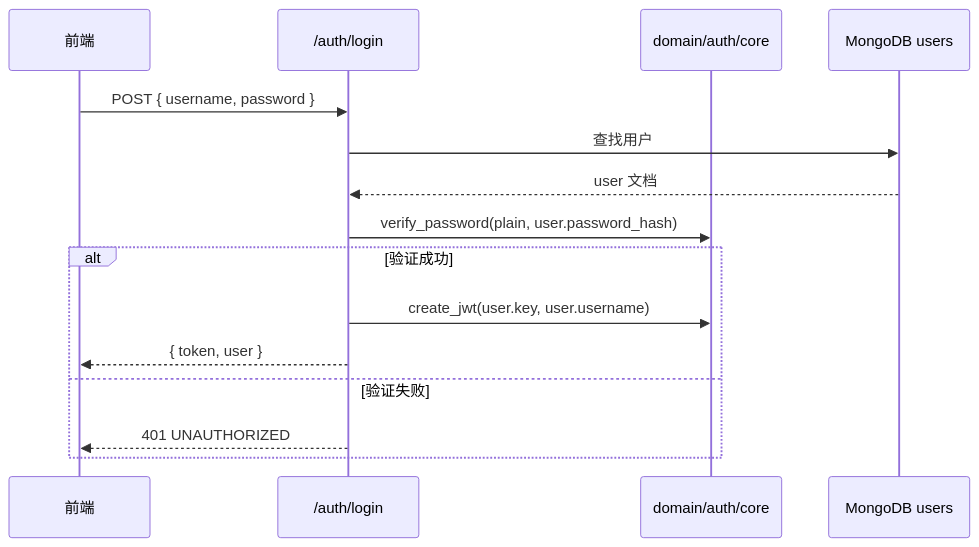
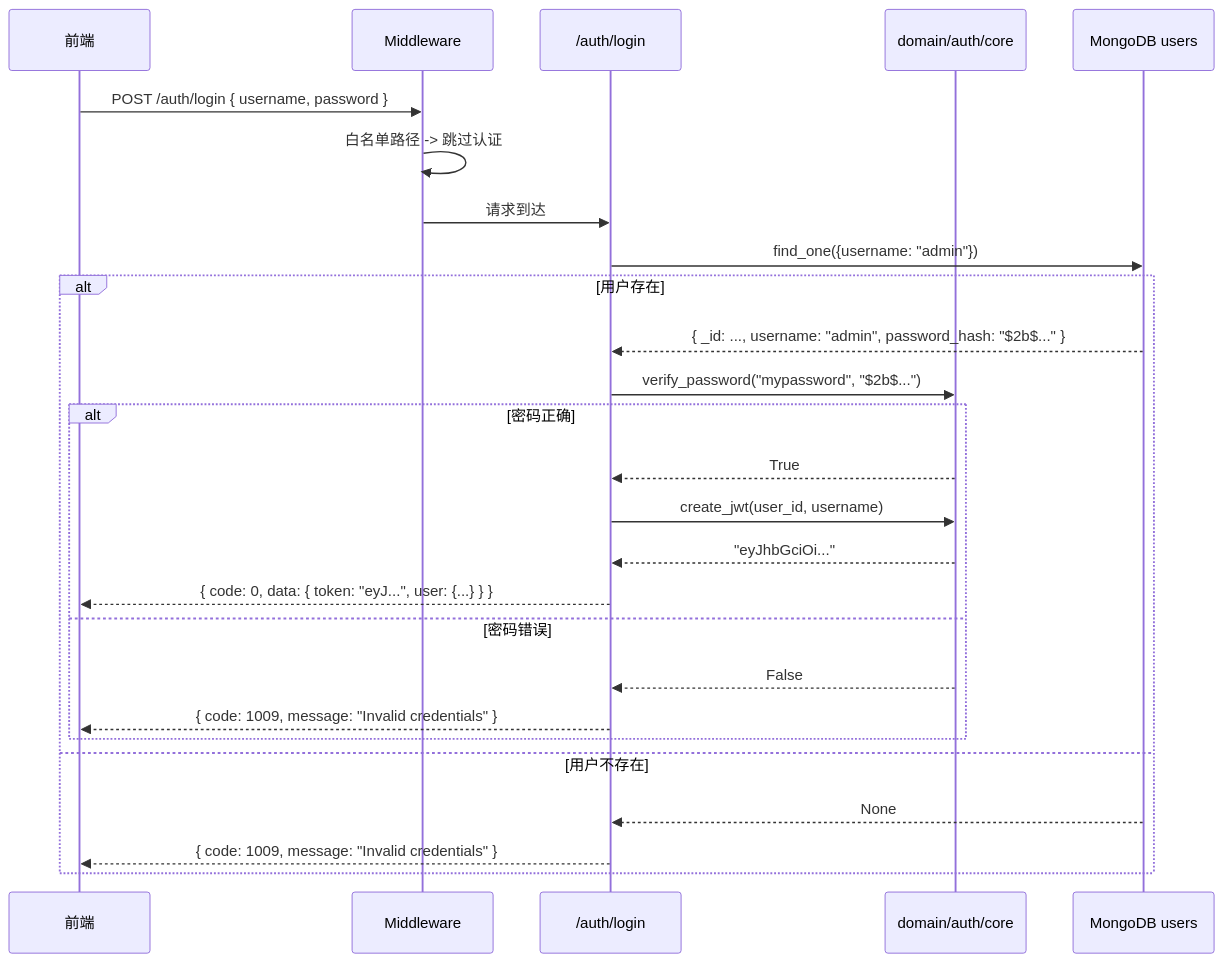
The second of 3 diagrams in YiKnowledge/projects/yiai/devs/2026-07/06-prd-task-认证与授权系统.md (effiy/YrY), drawn with Mermaid before and after one commit. The commit also changed other lines of this file and 4958 other files, not shown here.

````diff
--- a/YiKnowledge/projects/yiai/devs/2026-07/06-prd-task-认证与授权系统.md
+++ b/YiKnowledge/projects/yiai/devs/2026-07/06-prd-task-认证与授权系统.md
@@ -142,18 +489,30 @@
 ```mermaid
 sequenceDiagram
   participant FE as 前端
-  participant AUTH as /auth/login
+  participant MW as Middleware
+  participant LOGIN as /auth/login
   participant CORE as domain/auth/core
   participant DB as MongoDB users
 
-  FE->>AUTH: POST { username, password }
-  AUTH->>DB: 查找用户
-  DB-->>AUTH: user 文档
-  AUTH->>CORE: verify_password(plain, user.password_hash)
-  alt 验证成功
-    AUTH->>CORE: create_jwt(user.key, user.username)
-    AUTH-->>FE: { token, user }
-  else 验证失败
-    AUTH-->>FE: 401 UNAUTHORIZED
+  FE->>MW: POST /auth/login { username, password }
+  MW->>MW: 白名单路径 -> 跳过认证
+  MW->>LOGIN: 请求到达
+
+  LOGIN->>DB: find_one({username: "admin"})
+  alt 用户存在
+    DB-->>LOGIN: { _id: ..., username: "admin", password_hash: "$2b$..." }
+    LOGIN->>CORE: verify_password("mypassword", "$2b$...")
+    alt 密码正确
+      CORE-->>LOGIN: True
+      LOGIN->>CORE: create_jwt(user_id, username)
+      CORE-->>LOGIN: "eyJhbGciOi..."
+      LOGIN-->>FE: { code: 0, data: { token: "eyJ...", user: {...} } }
+    else 密码错误
+      CORE-->>LOGIN: False
+      LOGIN-->>FE: { code: 1009, message: "Invalid credentials" }
+    end
+  else 用户不存在
+    DB-->>LOGIN: None
+    LOGIN-->>FE: { code: 1009, message: "Invalid credentials" }
   end
 ```
````
